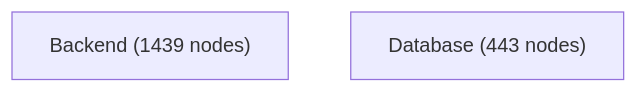
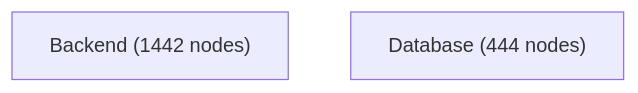
Before and after one commit to jankneumann/agentic-coding-tools: the first of 4 diagrams in docs/architecture-analysis/architecture.report.md, drawn with Mermaid. The commit also changed other lines of this file and 12 other files, not shown here.

Commit message:
docs(architecture): refresh after ri-16 archive

````diff
--- a/docs/architecture-analysis/architecture.report.md
+++ b/docs/architecture-analysis/architecture.report.md
@@ -502,5 +502,5 @@
 ```mermaid
 flowchart TB
-    Backend["Backend (1439 nodes)"]
-    Database["Database (443 nodes)"]
+    Backend["Backend (1442 nodes)"]
+    Database["Database (444 nodes)"]
 ```
````
